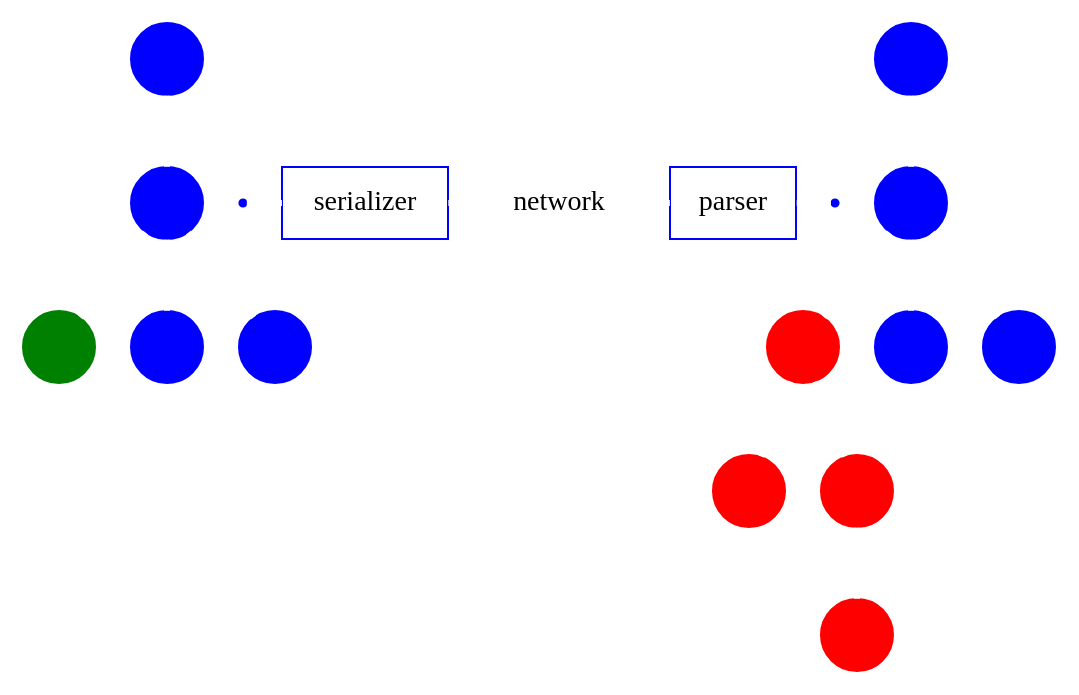
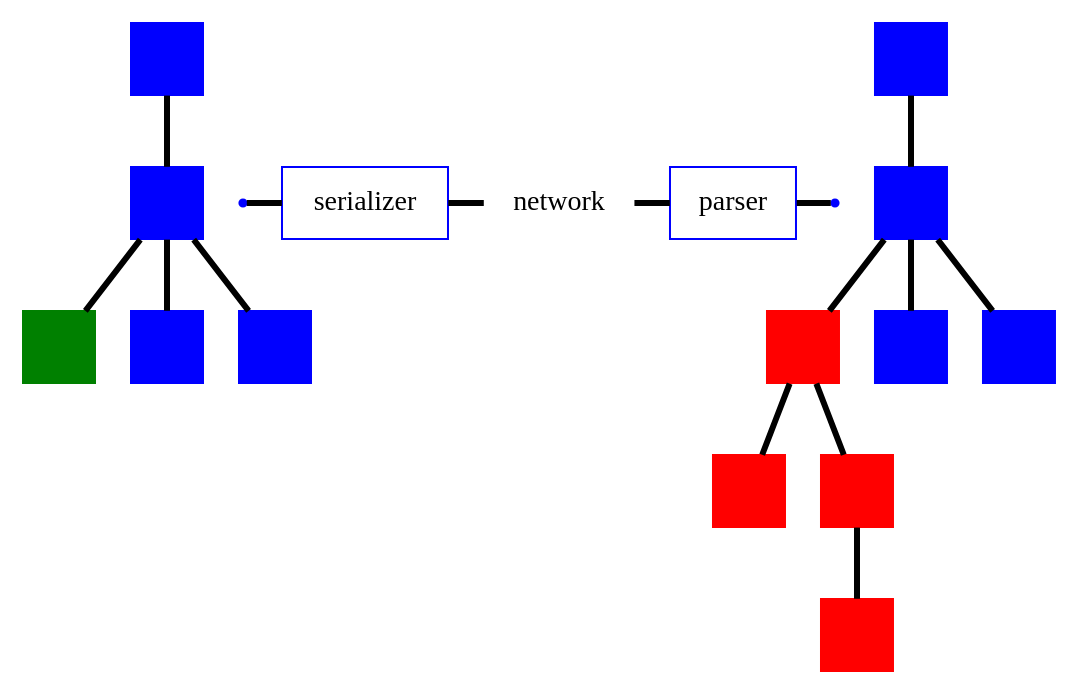
The third of 3 diagrams in 2013-eurucamp/presentation.md (plexus/conf-talks), drawn with Graphviz before and after one commit. The commit also changed other lines of this file and 30 other files, not shown here.

````diff
--- a/2013-eurucamp/presentation.md
+++ b/2013-eurucamp/presentation.md
@@ -426,45 +251,45 @@
 ```dot
 digraph commmunication {
-  edge[dir=none color=white penwidth=3]
-  node[label="" shape=circle color=blue style=filled]
+  edge[dir=none color=black penwidth=3]
+  node[label="" shape=square color=blue style=filled]
 
   z1[color=green];
 
   c[color=red];
   f[color=red];
   g[color=red];
   h[color=red];
 
   subgraph sub_0 {
     x1 -> y1 -> z1;
     y1 -> z2;
     y1 -> z3;
   }
 
   subgraph sub_1 {
     rankdir=LR;
     rank=same;
     node[shape=point];
     serializer[label=serializer shape=box fillcolor=white];
     network[label=network shape=none fillcolor=none];
     parser[label=parser shape=box fillcolor=white];
     aa -> serializer -> network -> parser -> bb;
   }
 
   subgraph sub_2 {
     a -> b -> c;
     b -> d;
     b -> e;
     c -> f;
     c -> g;
     g -> h;
   }
 
   subgraph sub_3 {
     rank="same";
     edge[style="invisible",dir="none"];
     y1 -> aa;
     bb -> b;
   }
 }
 ```
````
